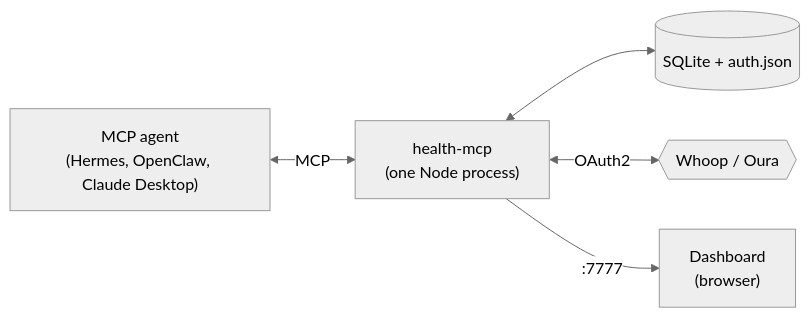
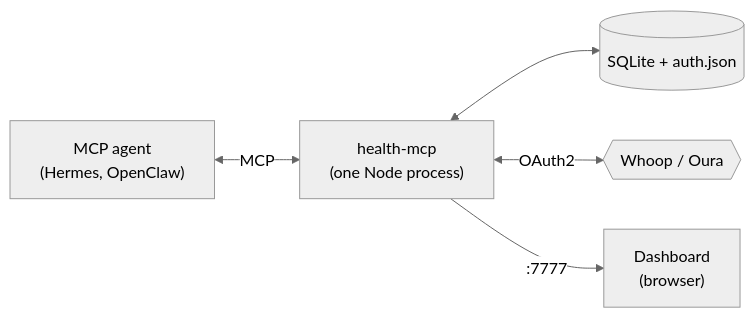
Before and after one commit to lukaisailovic/health-mcp: the diagram in README.md, drawn with Mermaid (neutral theme). The commit also changed other lines of this file and 1 other file, not shown here.

First line of the commit message:
docs: add npx quickstart and feature Hermes/OpenClaw

````diff
--- a/README.md
+++ b/README.md
@@ -13,7 +20,7 @@
 ```mermaid
 flowchart LR
-  agent["MCP agent<br/>(Hermes, OpenClaw, Claude Desktop)"] <-->|MCP| server["health-mcp<br/>(one Node process)"]
+  agent["MCP agent<br/>(Hermes, OpenClaw)"] <-->|MCP| server["health-mcp<br/>(one Node process)"]
   server <--> db[("SQLite + auth.json")]
   server <-->|OAuth2| wearables{{"Whoop / Oura"}}
   server -->|":7777"| dashboard["Dashboard<br/>(browser)"]
 ```
````
